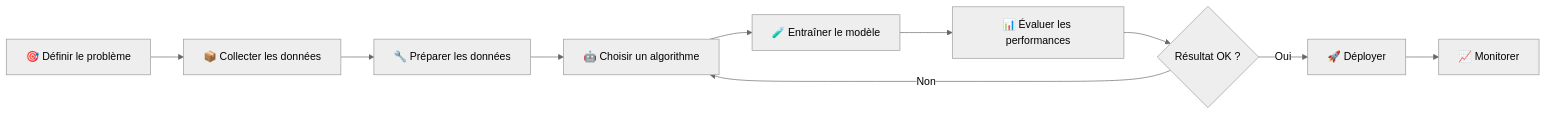
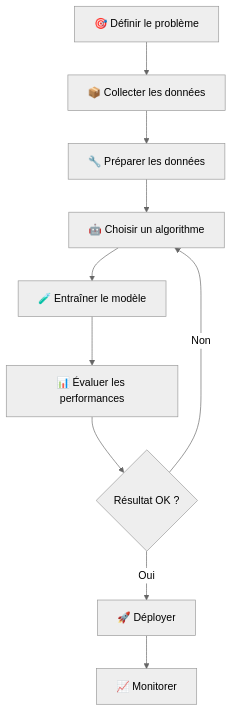
One commit to FTurleque/doc-utilisation-ia changed the diagram in docs/chapitre-9-machine-learning/index.md. Above: the diagram before and after it, drawn with Mermaid (neutral theme). The commit also changed other lines of this file and 10 other files, not shown here.

````diff
--- a/docs/chapitre-9-machine-learning/index.md
+++ b/docs/chapitre-9-machine-learning/index.md
@@ -101,12 +118,23 @@
 ```mermaid
-graph LR
-    A[🎯 Définir le problème] --> B[📦 Collecter les données]
-    B --> C[🔧 Préparer les données]
-    C --> D[🤖 Choisir un algorithme]
-    D --> E[🧪 Entraîner le modèle]
-    E --> F[📊 Évaluer les performances]
-    F --> G{Résultat OK ?}
-    G -- Non --> D
-    G -- Oui --> H[🚀 Déployer]
-    H --> I[📈 Monitorer]
+%%{init: {"flowchart": {"useMaxWidth": true}}}%%
+graph TB
+        A[🎯 Définir le problème]
+        B[📦 Collecter les données]
+        C[🔧 Préparer les données]
+        D[🤖 Choisir un algorithme]
+        E[🧪 Entraîner le modèle]
+        F[📊 Évaluer les performances]
+        G{Résultat OK ?}
+        H[🚀 Déployer]
+        I[📈 Monitorer]
+
+        A --> B
+        B --> C
+        C --> D
+        D --> E
+        E --> F
+        F --> G
+        G -- Non --> D
+        G -- Oui --> H
+        H --> I
 ```
````
